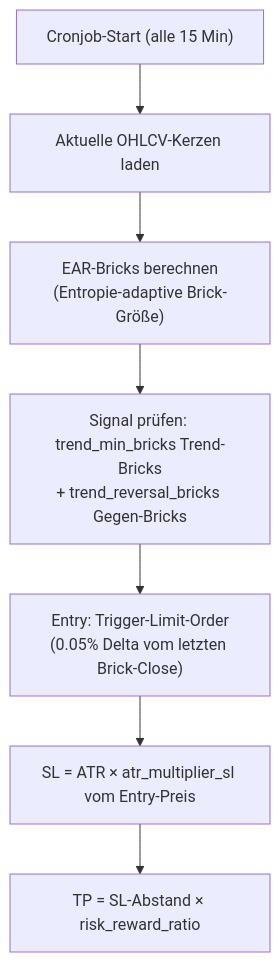
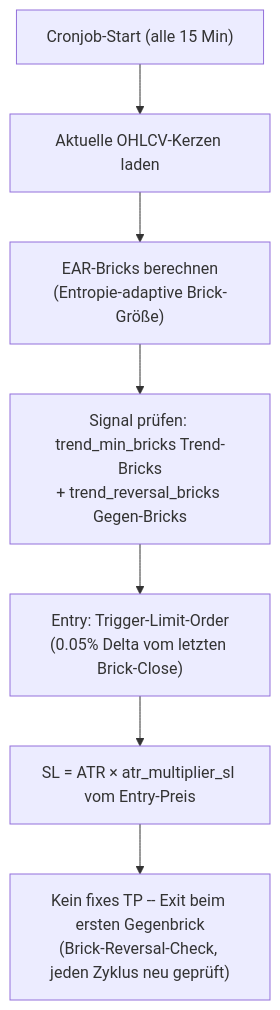
One commit to Youra82/zerobot changed the fourth of 7 diagrams in README.md. Above: the diagram before and after it, drawn with Mermaid. The commit also changed other lines of this file and 1 other file, not shown here.

````diff
--- a/README.md
+++ b/README.md
@@ -231,9 +233,9 @@
 ```mermaid
 flowchart TD
     A["Cronjob-Start (alle 15 Min)"] --> B["Aktuelle OHLCV-Kerzen laden"]
     B --> C["EAR-Bricks berechnen<br/>(Entropie-adaptive Brick-Größe)"]
     C --> D["Signal prüfen: trend_min_bricks Trend-Bricks<br/>+ trend_reversal_bricks Gegen-Bricks"]
     D --> E["Entry: Trigger-Limit-Order<br/>(0.05% Delta vom letzten Brick-Close)"]
     E --> F["SL = ATR × atr_multiplier_sl vom Entry-Preis"]
-    F --> G["TP = SL-Abstand × risk_reward_ratio"]
+    F --> G["Kein fixes TP -- Exit beim ersten Gegenbrick<br/>(Brick-Reversal-Check, jeden Zyklus neu geprüft)"]
 ```
````
